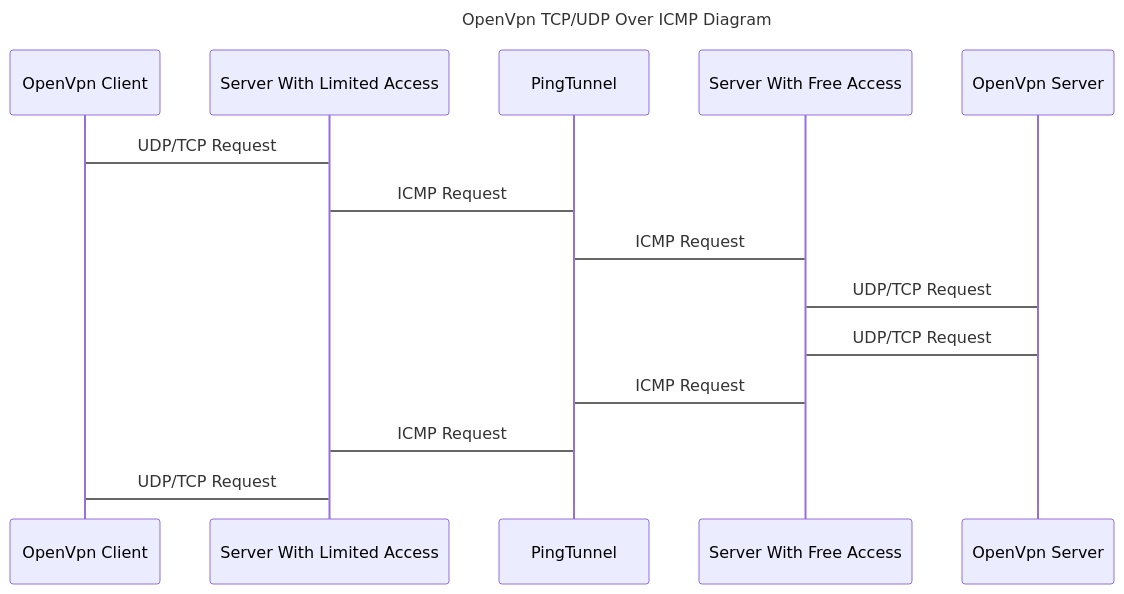
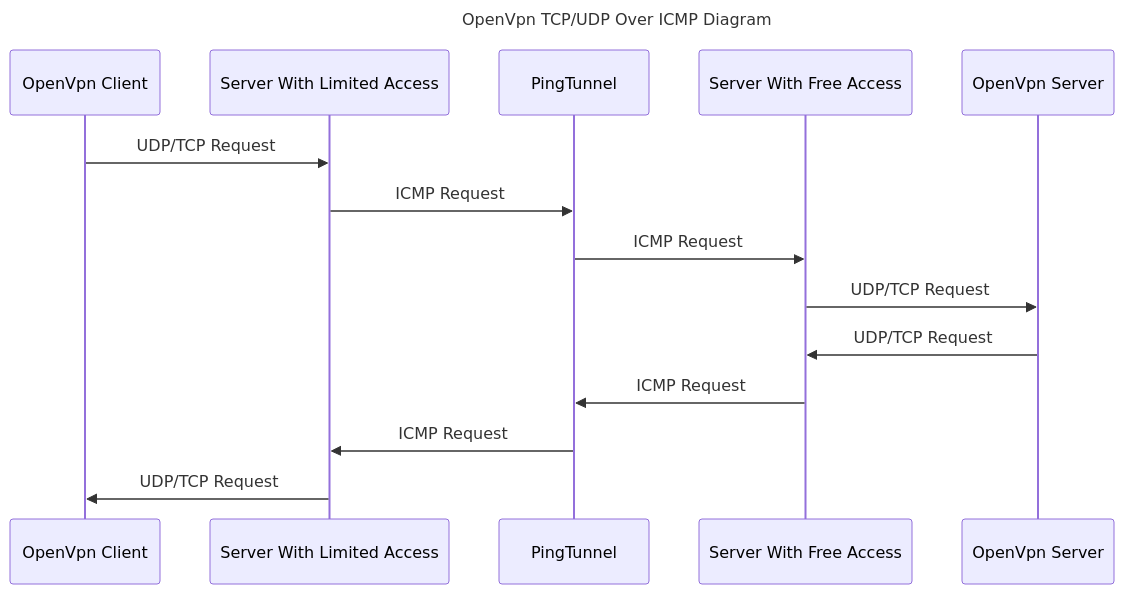
Before and after one commit to arezaie14/openvpn-over-icmp: the first of 3 diagrams in README.md, drawn with Mermaid. The commit also changed other lines of this file, not shown here.

````diff
--- a/README.md
+++ b/README.md
@@ -107,12 +107,12 @@
 ```mermaid
 sequenceDiagram
         title OpenVpn TCP/UDP Over ICMP Diagram;
-        OpenVpn Client ->Server With Limited Access:UDP/TCP Request;
-        Server With Limited Access->PingTunnel:ICMP Request;
-        PingTunnel-> Server With Free Access:ICMP Request;
-        Server With Free Access->OpenVpn Server: UDP/TCP Request;
-        OpenVpn Server->Server With Free Access:UDP/TCP Request;
-        Server With Free Access->PingTunnel:ICMP Request;
-        PingTunnel->Server With Limited Access:ICMP Request;
-        Server With Limited Access->OpenVpn Client:UDP/TCP Request;
+        OpenVpn Client ->>Server With Limited Access:UDP/TCP Request;
+        Server With Limited Access->>PingTunnel:ICMP Request;
+        PingTunnel->> Server With Free Access:ICMP Request;
+        Server With Free Access->>OpenVpn Server: UDP/TCP Request;
+        OpenVpn Server->>Server With Free Access:UDP/TCP Request;
+        Server With Free Access->>PingTunnel:ICMP Request;
+        PingTunnel->>Server With Limited Access:ICMP Request;
+        Server With Limited Access->>OpenVpn Client:UDP/TCP Request;
 ```
````
